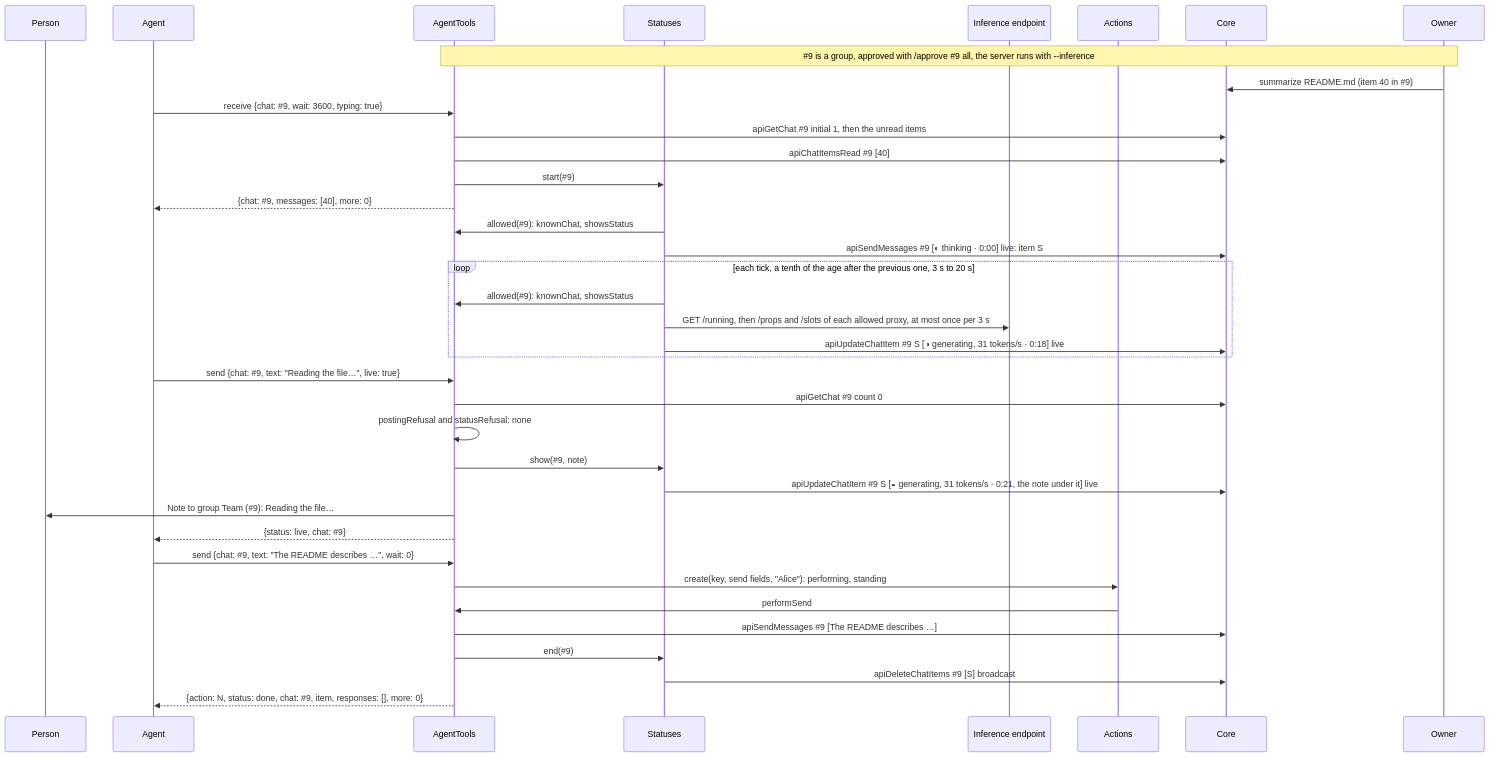
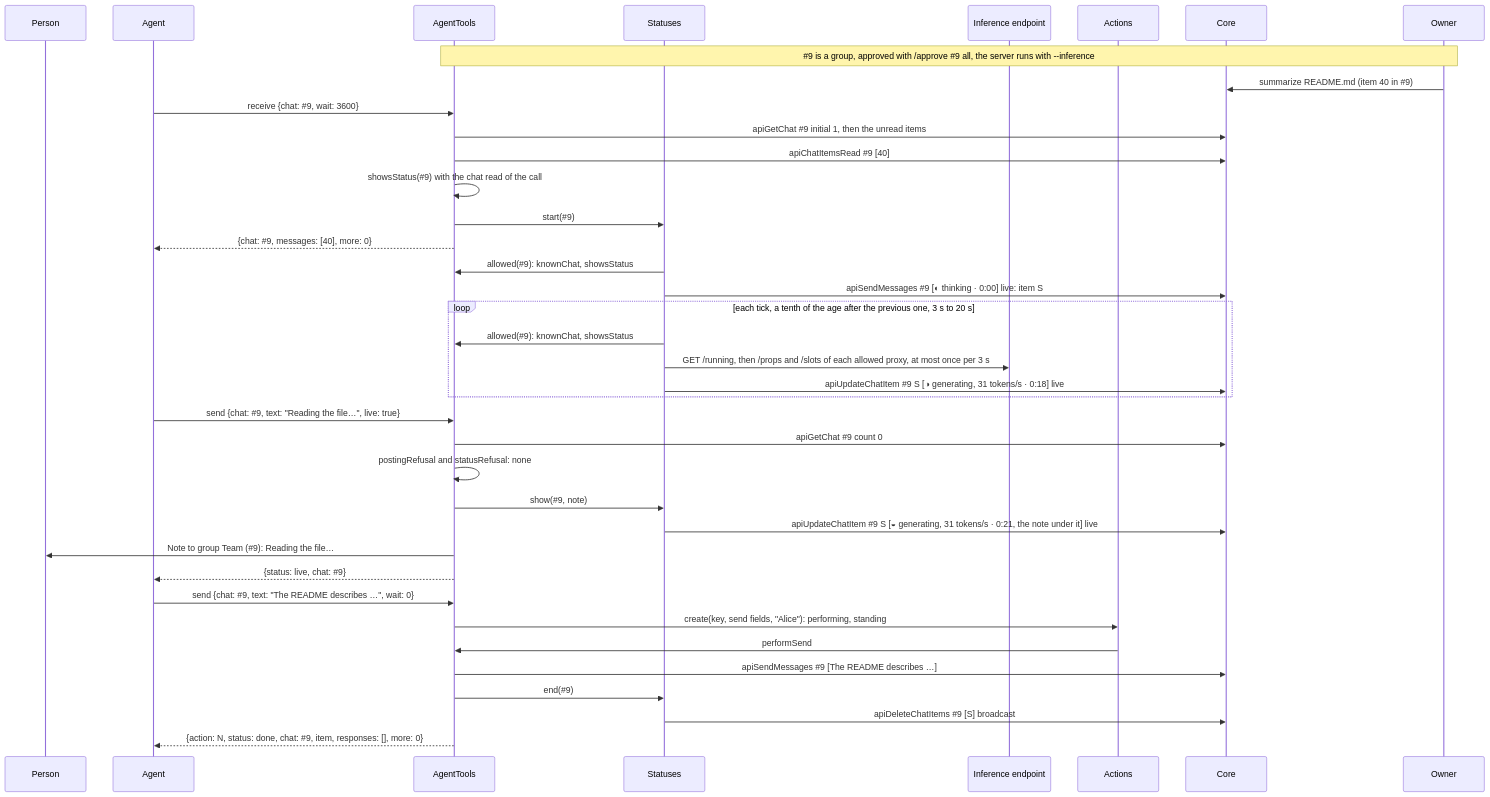
One commit to simplex-chat/simplex-chat changed diagram 32 of 32 in packages/simplex-chat-mcp/spec/flows.md. Above: the diagram before and after it, drawn with Mermaid. The commit also changed other lines of this file and 11 other files, not shown here.

Commit message:
mcp server: start the status message at each receive in an approved chat, without typing

````diff
--- a/packages/simplex-chat-mcp/spec/flows.md
+++ b/packages/simplex-chat-mcp/spec/flows.md
@@ -1463,39 +1463,40 @@
 ```mermaid
 sequenceDiagram
   participant P as Person
   participant A as Agent
   participant T as AgentTools
   participant L as Statuses
   participant I as Inference endpoint
   participant X as Actions
   participant C as Core
   participant O as Owner
   Note over T,O: #35;9 is a group, approved with /approve #35;9 all, the server runs with --inference
   O->>C: summarize README.md (item 40 in #35;9)
-  A->>T: receive {chat: #35;9, wait: 3600, typing: true}
+  A->>T: receive {chat: #35;9, wait: 3600}
   T->>C: apiGetChat #35;9 initial 1, then the unread items
   T->>C: apiChatItemsRead #35;9 [40]
+  T->>T: showsStatus(#35;9) with the chat read of the call
   T->>L: start(#35;9)
   T-->>A: {chat: #35;9, messages: [40], more: 0}
   L->>T: allowed(#35;9): knownChat, showsStatus
   L->>C: apiSendMessages #35;9 [◐ thinking · 0:00] live: item S
   loop each tick, a tenth of the age after the previous one, 3 s to 20 s
     L->>T: allowed(#35;9): knownChat, showsStatus
     L->>I: GET /running, then /props and /slots of each allowed proxy, at most once per 3 s
     L->>C: apiUpdateChatItem #35;9 S [◑ generating, 31 tokens/s · 0:18] live
   end
   A->>T: send {chat: #35;9, text: "Reading the file…", live: true}
   T->>C: apiGetChat #35;9 count 0
   T->>T: postingRefusal and statusRefusal: none
   T->>L: show(#35;9, note)
   L->>C: apiUpdateChatItem #35;9 S [◒ generating, 31 tokens/s · 0:21, the note under it] live
   T->>P: Note to group Team (#35;9): Reading the file…
   T-->>A: {status: live, chat: #35;9}
   A->>T: send {chat: #35;9, text: "The README describes …", wait: 0}
   T->>X: create(key, send fields, "Alice"): performing, standing
   X->>T: performSend
   T->>C: apiSendMessages #35;9 [The README describes …]
   T->>L: end(#35;9)
   L->>C: apiDeleteChatItems #35;9 [S] broadcast
   T-->>A: {action: N, status: done, chat: #35;9, item, responses: [], more: 0}
 ```
````
